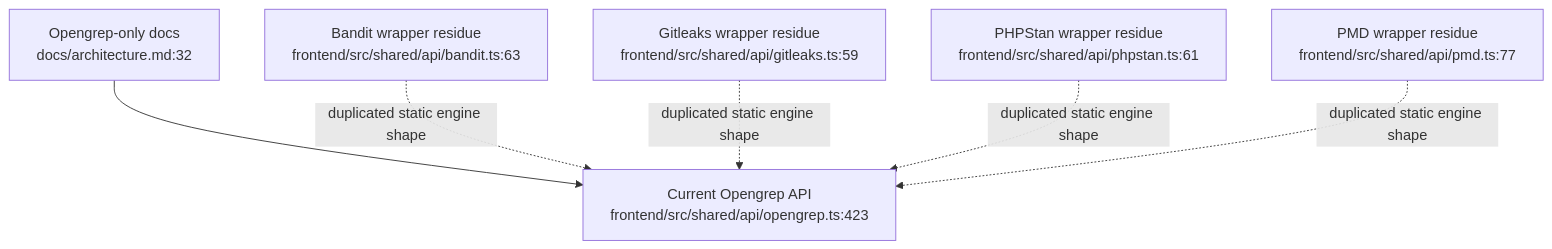
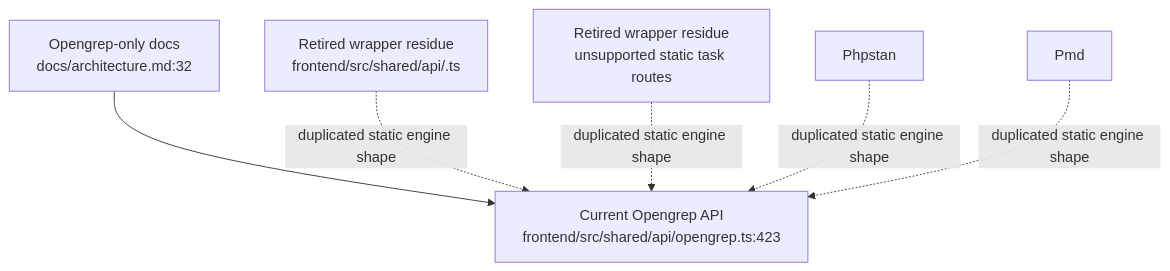
One commit to happytraveller-alone/Argus changed the first of 6 diagrams in PATHFINDER-2026-04-30/02-duplication-report.md. Above: the diagram before and after it, drawn with Mermaid. The commit also changed other lines of this file and 81 other files, not shown here.

````diff
--- a/PATHFINDER-2026-04-30/02-duplication-report.md
+++ b/PATHFINDER-2026-04-30/02-duplication-report.md
@@ -37,14 +34,12 @@
 ```mermaid
 flowchart TD
   Current["Current Opengrep API<br/>frontend/src/shared/api/opengrep.ts:423"]
-  Bandit["Bandit wrapper residue<br/>frontend/src/shared/api/bandit.ts:63"]
-  Gitleaks["Gitleaks wrapper residue<br/>frontend/src/shared/api/gitleaks.ts:59"]
-  Phpstan["PHPStan wrapper residue<br/>frontend/src/shared/api/phpstan.ts:61"]
-  Pmd["PMD wrapper residue<br/>frontend/src/shared/api/pmd.ts:77"]
+  RetiredA["Retired wrapper residue<br/>frontend/src/shared/api/<retired-engine>.ts"]
+  RetiredB["Retired wrapper residue<br/>unsupported static task routes"]
   Docs["Opengrep-only docs<br/>docs/architecture.md:32"]
   Docs --> Current
-  Bandit -.duplicated static engine shape.-> Current
-  Gitleaks -.duplicated static engine shape.-> Current
+  RetiredA -.duplicated static engine shape.-> Current
+  RetiredB -.duplicated static engine shape.-> Current
   Phpstan -.duplicated static engine shape.-> Current
   Pmd -.duplicated static engine shape.-> Current
 ```
````
